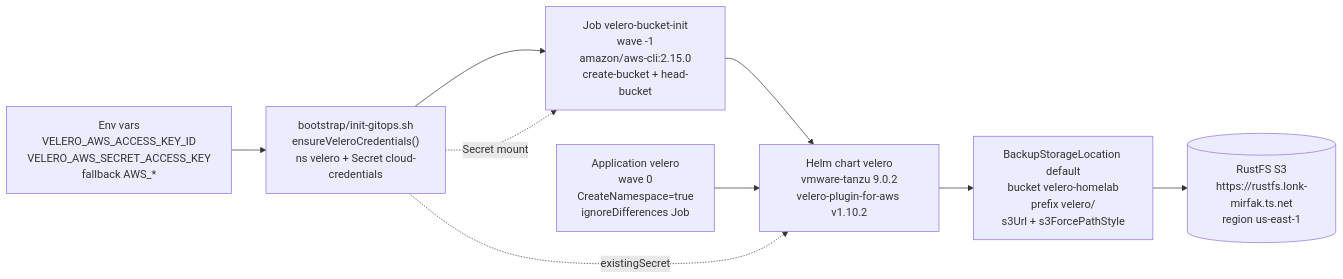
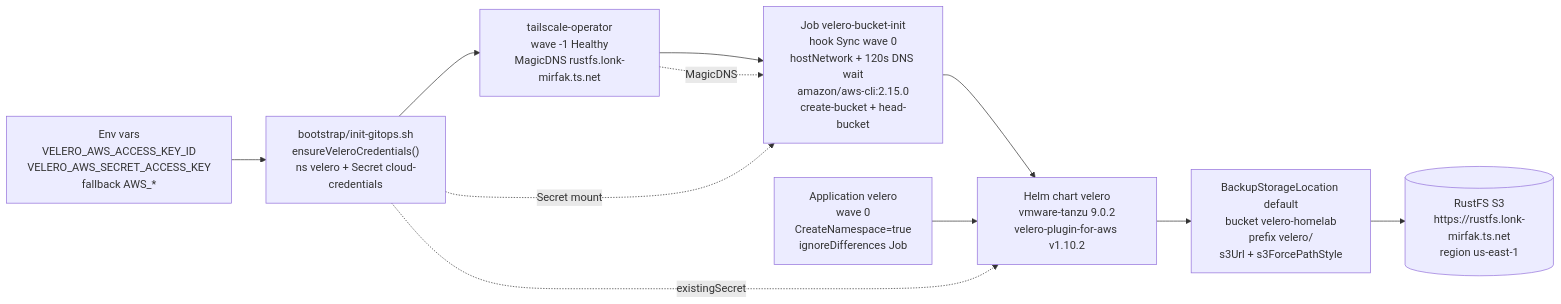
The diagram in platform/velero/README.md (Seom88/secured-gitops-tailscale-homelab), drawn with Mermaid before and after one commit. The commit also changed other lines of this file and 3 other files, not shown here.

First line of the commit message:
docs: reflect CI-generated Tailscale secret and wave topology

````diff
--- a/platform/velero/README.md
+++ b/platform/velero/README.md
@@ -33,15 +33,17 @@
 ```mermaid
 flowchart LR
     ENV["Env vars<br/>VELERO_AWS_ACCESS_KEY_ID<br/>VELERO_AWS_SECRET_ACCESS_KEY<br/>fallback AWS_*"]
+    TAILSCALE["tailscale-operator<br/>wave -1 Healthy<br/>MagicDNS rustfs.lonk-mirfak.ts.net"]
     BOOT["bootstrap/init-gitops.sh<br/>ensureVeleroCredentials()<br/>ns velero + Secret cloud-credentials"]
-    JOB["Job velero-bucket-init<br/>wave -1<br/>amazon/aws-cli:2.15.0<br/>create-bucket + head-bucket"]
+    JOB["Job velero-bucket-init<br/>hook Sync wave 0<br/>hostNetwork + 120s DNS wait<br/>amazon/aws-cli:2.15.0<br/>create-bucket + head-bucket"]
     APP["Application velero<br/>wave 0<br/>CreateNamespace=true<br/>ignoreDifferences Job"]
     CHART["Helm chart velero<br/>vmware-tanzu 9.0.2<br/>velero-plugin-for-aws v1.10.2"]
     BSL["BackupStorageLocation default<br/>bucket velero-homelab<br/>prefix velero/<br/>s3Url + s3ForcePathStyle"]
     RUSTFS[("RustFS S3<br/>https://rustfs.lonk-mirfak.ts.net<br/>region us-east-1")]
 
-    ENV --> BOOT --> JOB --> CHART --> BSL --> RUSTFS
+    ENV --> BOOT --> TAILSCALE --> JOB --> CHART --> BSL --> RUSTFS
+    TAILSCALE -. MagicDNS .-> JOB
     APP --> CHART
     BOOT -. Secret mount .-> JOB
     BOOT -. existingSecret .-> CHART
 ```
````
